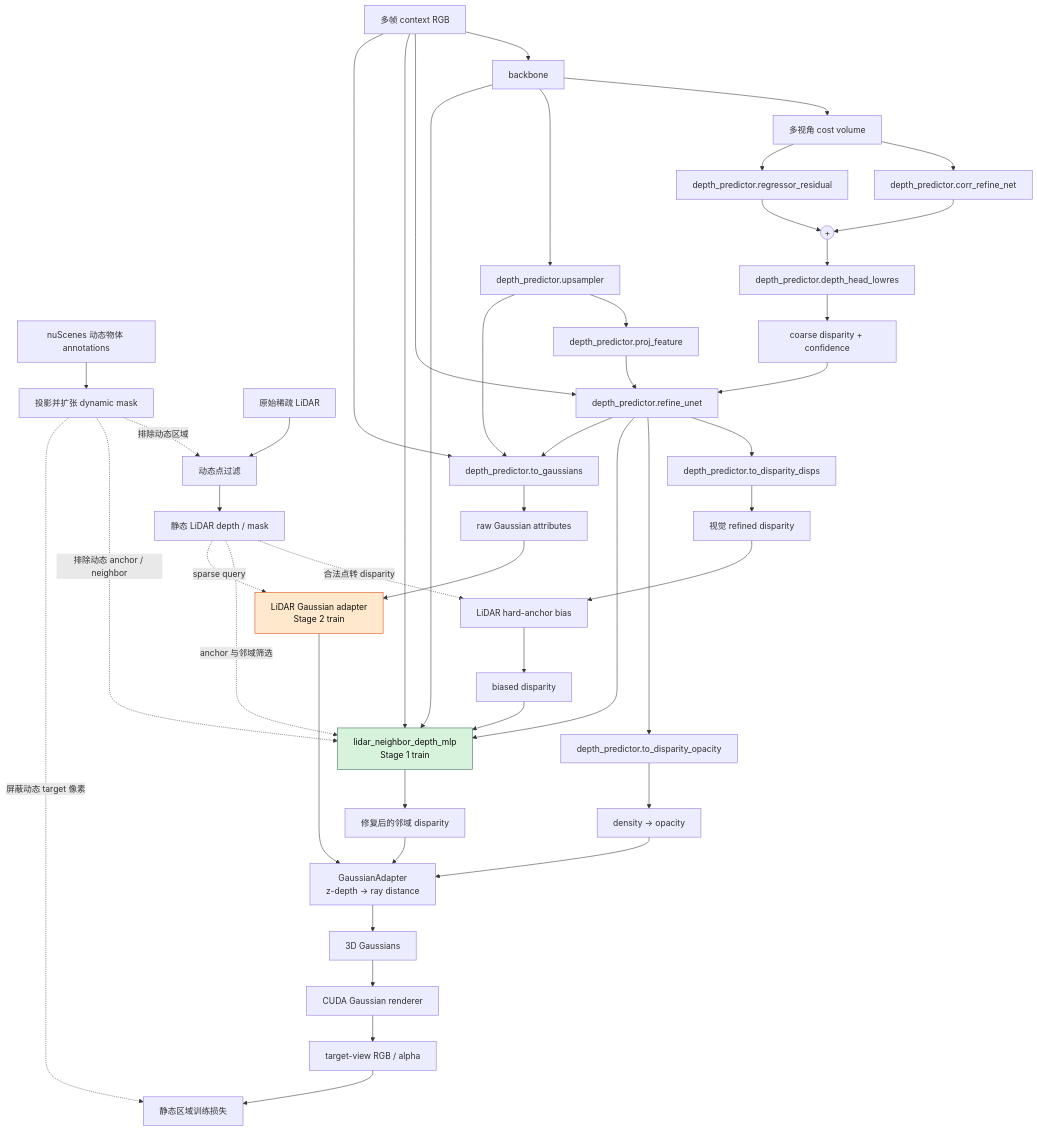
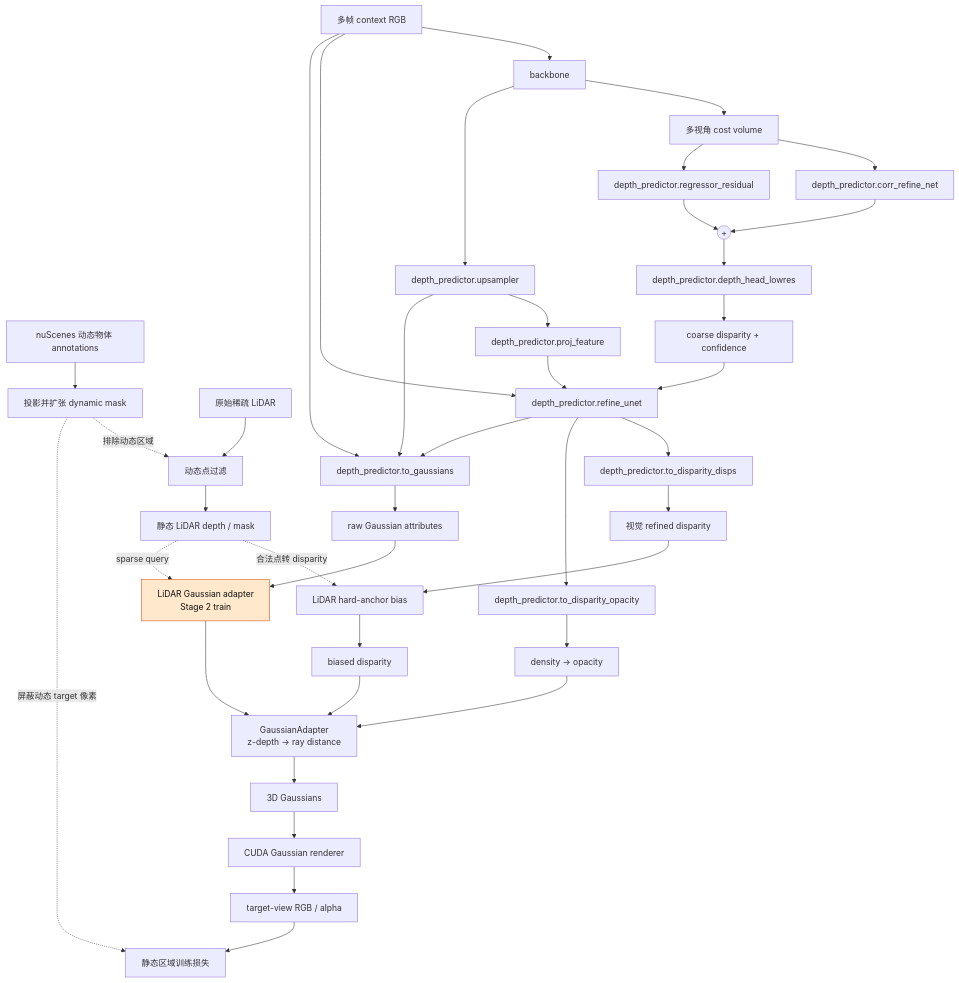
Before and after one commit to Shelly-icecream/lidar-enhanced-mvsplat: the first of 2 diagrams in README.md, drawn with Mermaid. The commit also changed other lines of this file and 16 other files, not shown here.

````diff
--- a/README.md
+++ b/README.md
@@ -39,57 +36,47 @@
 ```mermaid
 flowchart TD
     IMG[多帧 context RGB] --> BB[backbone]
     ANN[nuScenes 动态物体 annotations] --> DM[投影并扩张 dynamic mask]
     RAWL[原始稀疏 LiDAR] --> LF[动态点过滤]
     DM -. 排除动态区域 .-> LF
     LF --> LIDAR[静态 LiDAR depth / mask]
     BB --> CV[多视角 cost volume]
     CV --> CR[depth_predictor.corr_refine_net]
     CV --> RR[depth_predictor.regressor_residual]
     CR --> ADD((+))
     RR --> ADD
     ADD --> DH[depth_predictor.depth_head_lowres]
     DH --> CD[coarse disparity + confidence]
 
     BB --> UP[depth_predictor.upsampler]
     UP --> PF[depth_predictor.proj_feature]
     IMG --> RU[depth_predictor.refine_unet]
     PF --> RU
     CD --> RU
 
     RU --> TD[depth_predictor.to_disparity_disps]
     TD --> VD[视觉 refined disparity]
     RU --> OP[depth_predictor.to_disparity_opacity]
     OP --> DENS[density → opacity]
     DENS --> GCV
     LIDAR -. 合法点转 disparity .-> BIAS[LiDAR hard-anchor bias]
     VD --> BIAS
     BIAS --> BD[biased disparity]
 
-    BB --> NMLP[lidar_neighbor_depth_mlp<br/>Stage 1 train]
-    RU --> NMLP
-    IMG --> NMLP
-    DM -. 排除动态 anchor / neighbor .-> NMLP
-    LIDAR -. anchor 与邻域筛选 .-> NMLP
-    BD --> NMLP
-    NMLP --> RD[修复后的邻域 disparity]
-
     RU --> TG[depth_predictor.to_gaussians]
     UP --> TG
     IMG --> TG
     TG --> RAW[raw Gaussian attributes]
     LIDAR -. sparse query .-> GA[LiDAR Gaussian adapter<br/>Stage 2 train]
     RAW --> GA
-    RD --> GCV[GaussianAdapter<br/>z-depth → ray distance]
+    BD --> GCV[GaussianAdapter<br/>z-depth → ray distance]
     GA --> GCV
     GCV --> GS[3D Gaussians]
     GS --> RENDER[CUDA Gaussian renderer]
     RENDER --> OUT[target-view RGB / alpha]
     DM -. 屏蔽动态 target 像素 .-> LOSS[静态区域训练损失]
     OUT --> LOSS
 
-    classDef stage1 fill:#d8f3dc,stroke:#2d6a4f,color:#111;
     classDef stage2 fill:#ffe8cc,stroke:#d9480f,color:#111;
-    class NMLP stage1;
     class GA stage2;
 ```
````
